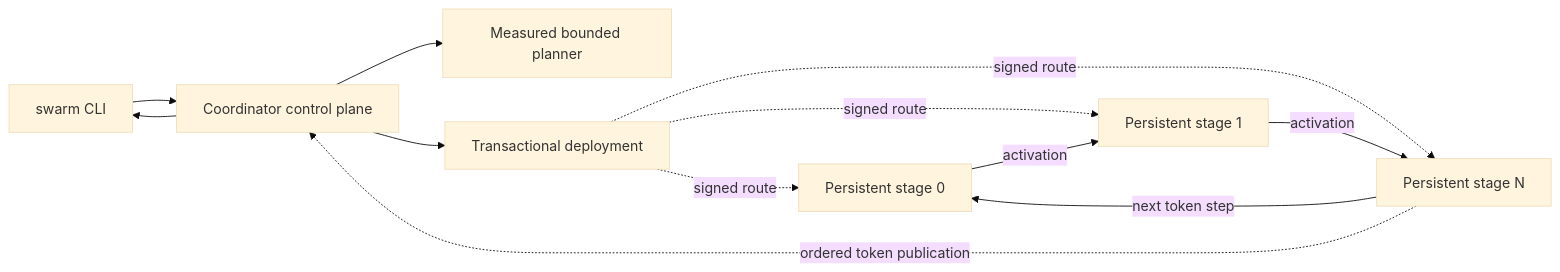
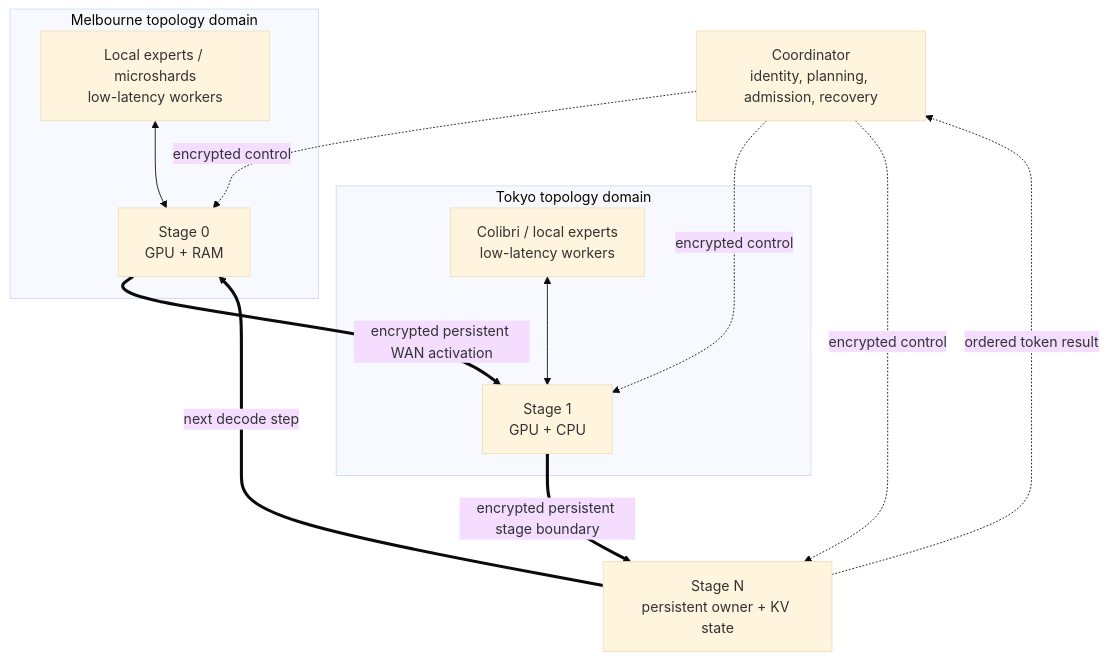
One commit to mmprotest/swarm-inference-lab changed the diagram in README.md. Above: the diagram before and after it, drawn with Mermaid (base theme). The commit also changed other lines of this file and 97 other files, not shown here.

````diff
--- a/README.md
+++ b/README.md
@@ -155,14 +118,26 @@
 ```mermaid
-flowchart LR
-    CLI[swarm CLI] --> C[Coordinator control plane]
-    C --> P[Measured bounded planner]
-    C --> D[Transactional deployment]
-    D -. signed route .-> S0[Persistent stage 0]
-    D -. signed route .-> S1[Persistent stage 1]
-    D -. signed route .-> SN[Persistent stage N]
-    S0 -->|activation| S1
-    S1 -->|activation| SN
-    SN -->|next token step| S0
-    SN -. ordered token publication .-> C
-    C --> CLI
+flowchart TB
+    C[Coordinator<br/>identity, planning, admission, recovery]
+
+    subgraph M[Melbourne topology domain]
+        M0[Stage 0<br/>GPU + RAM]
+        ML[Local experts / microshards<br/>low-latency workers]
+        ML <--> M0
+    end
+
+    subgraph T[Tokyo topology domain]
+        T1[Stage 1<br/>GPU + CPU]
+        TL[Colibri / local experts<br/>low-latency workers]
+        TL <--> T1
+    end
+
+    N[Stage N<br/>persistent owner + KV state]
+
+    C -. encrypted control .-> M0
+    C -. encrypted control .-> T1
+    C -. encrypted control .-> N
+    M0 == "encrypted persistent WAN activation" ==> T1
+    T1 == "encrypted persistent stage boundary" ==> N
+    N == "next decode step" ==> M0
+    N -. ordered token result .-> C
 ```
````
